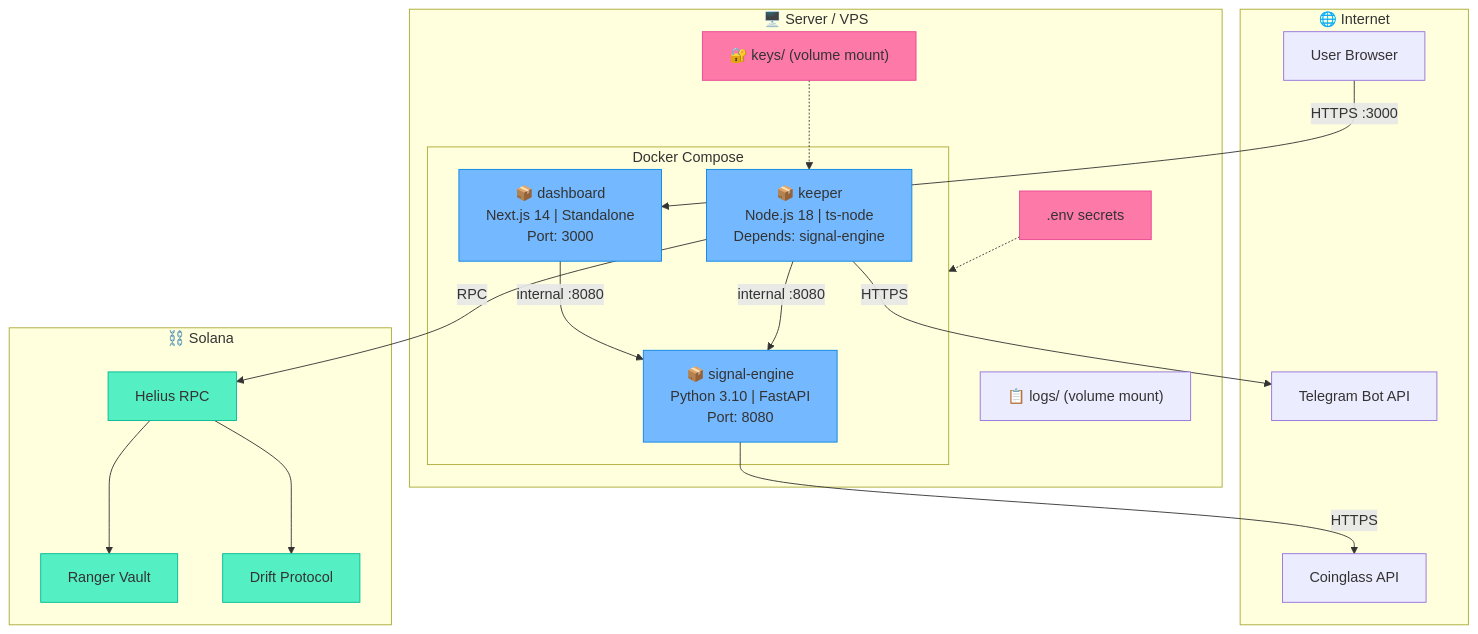
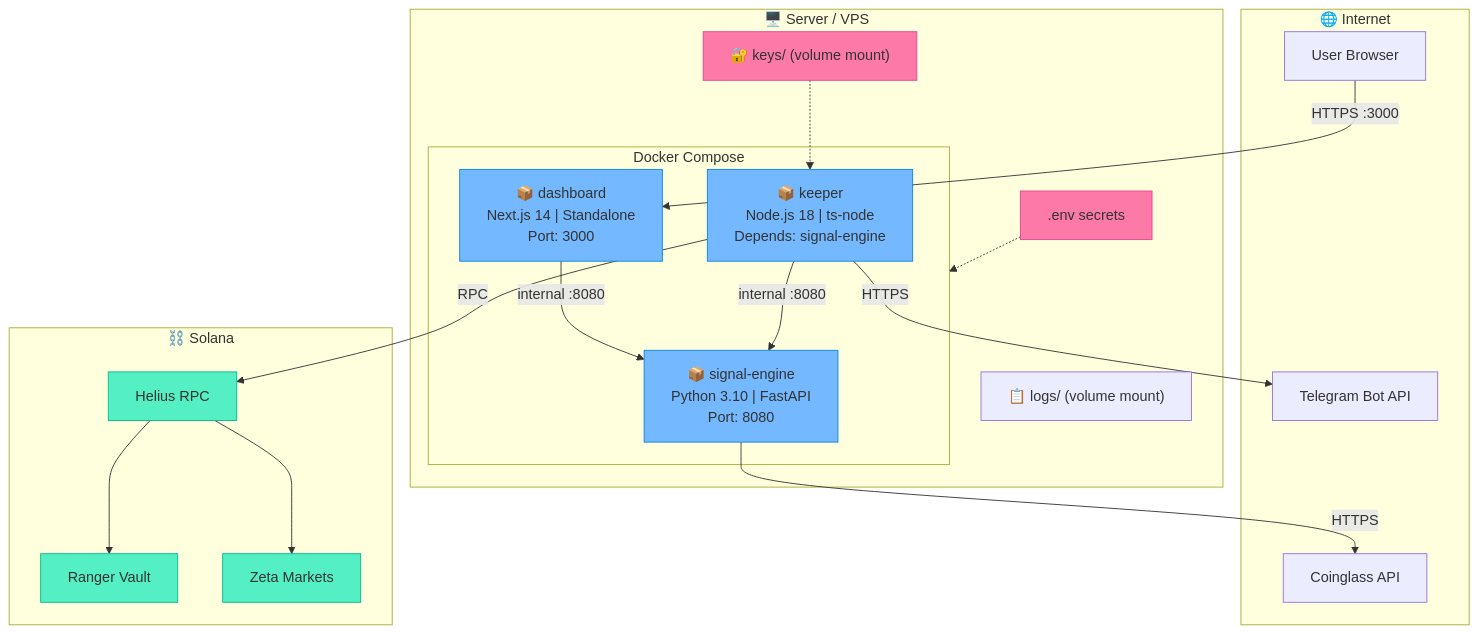
Before and after one commit to Ashutosh0x/ranger-ai-vault: diagram 11 of 20 in docs/ARCHITECTURE.md, drawn with Mermaid. The commit also changed other lines of this file and 82 other files, not shown here.

Commit message:
feat: pivot from Drift to Zeta Markets and add walk-forward backtest results

````diff
--- a/docs/ARCHITECTURE.md
+++ b/docs/ARCHITECTURE.md
@@ -794,45 +794,45 @@
 ```mermaid
 graph TB
     subgraph Internet["🌐 Internet"]
         User["User Browser"]
         TGBot["Telegram Bot API"]
         CGApi["Coinglass API"]
     end
 
     subgraph Server["🖥️ Server / VPS"]
         subgraph Docker["Docker Compose"]
             SE["📦 signal-engine<br/>Python 3.10 | FastAPI<br/>Port: 8080"]
             KB["📦 keeper<br/>Node.js 18 | ts-node<br/>Depends: signal-engine"]
             DB["📦 dashboard<br/>Next.js 14 | Standalone<br/>Port: 3000"]
         end
 
         ENV[".env secrets"]
         Keys["🔐 keys/ (volume mount)"]
         LogDir["📋 logs/ (volume mount)"]
     end
 
     subgraph Solana["⛓️ Solana"]
         Helius["Helius RPC"]
         VaultProg["Ranger Vault"]
-        DriftProg["Drift Protocol"]
+        ZetaProg["Zeta Markets"]
     end
 
     User -->|"HTTPS :3000"| DB
     DB -->|"internal :8080"| SE
     KB -->|"internal :8080"| SE
     SE -->|"HTTPS"| CGApi
     KB -->|"HTTPS"| TGBot
     KB -->|"RPC"| Helius
     Helius --> VaultProg
-    Helius --> DriftProg
+    Helius --> ZetaProg
     ENV -.-> Docker
     Keys -.-> KB
 
     classDef container fill:#74b9ff,stroke:#0984e3
     classDef solana fill:#55efc4,stroke:#00b894
     classDef secure fill:#fd79a8,stroke:#e84393
 
     class SE,KB,DB container
-    class Helius,VaultProg,DriftProg solana
+    class Helius,VaultProg,ZetaProg solana
     class Keys,ENV secure
 ```
````
